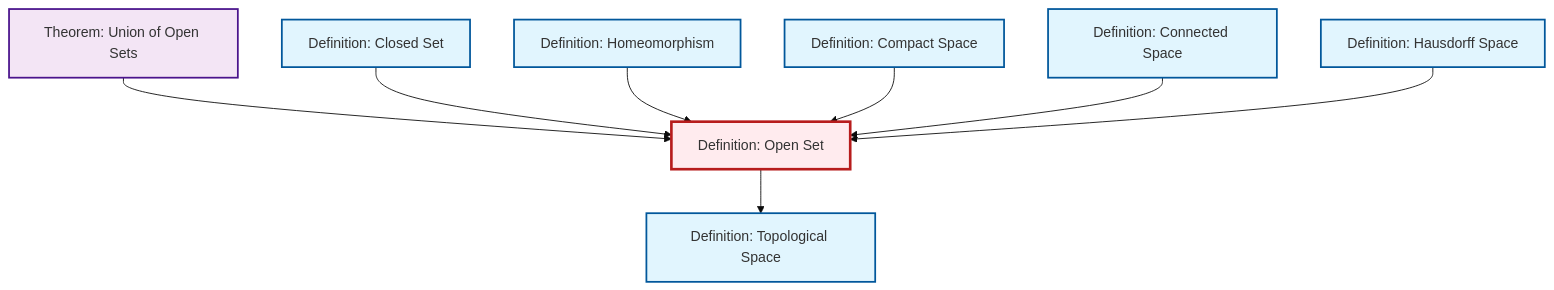
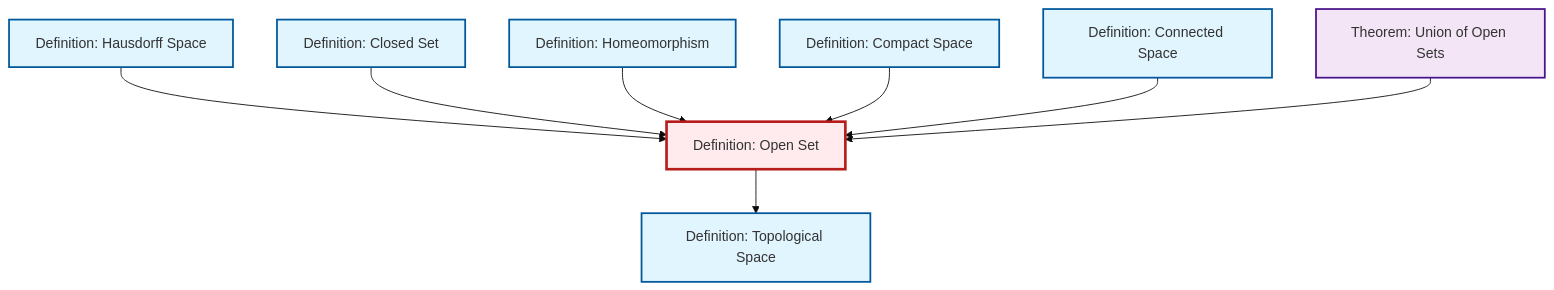
One commit to RK0429/ModernMath changed the diagram in content/ja/topology/def-open-set.qmd. Above: the diagram before and after it, drawn with Mermaid (base theme). The commit also changed other lines of this file and 360 other files, not shown here.

````diff
--- a/content/ja/topology/def-open-set.qmd
+++ b/content/ja/topology/def-open-set.qmd
@@ -54,32 +54,32 @@
 ```{mermaid}
 %%| fig-cap: "Local dependency graph"
 graph TD
     classDef definition fill:#e1f5fe,stroke:#01579b,stroke-width:2px
     classDef theorem fill:#f3e5f5,stroke:#4a148c,stroke-width:2px
     classDef axiom fill:#fff3e0,stroke:#e65100,stroke-width:2px
     classDef example fill:#e8f5e9,stroke:#1b5e20,stroke-width:2px
     classDef current fill:#ffebee,stroke:#b71c1c,stroke-width:3px
+    def-open-set["Definition: Open Set"]:::definition
+    def-topological-space["Definition: Topological Space"]:::definition
+    def-closed-set["Definition: Closed Set"]:::definition
     def-hausdorff["Definition: Hausdorff Space"]:::definition
-    def-closed-set["Definition: Closed Set"]:::definition
+    def-compact["Definition: Compact Space"]:::definition
+    def-homeomorphism["Definition: Homeomorphism"]:::definition
     def-connected["Definition: Connected Space"]:::definition
-    def-topological-space["Definition: Topological Space"]:::definition
-    def-open-set["Definition: Open Set"]:::definition
-    def-compact["Definition: Compact Space"]:::definition
     thm-union-open-sets["Theorem: Union of Open Sets"]:::theorem
-    def-homeomorphism["Definition: Homeomorphism"]:::definition
-    def-open-set --> def-topological-space
-    thm-union-open-sets --> def-open-set
+    def-hausdorff --> def-open-set
     def-closed-set --> def-open-set
     def-homeomorphism --> def-open-set
     def-compact --> def-open-set
+    def-open-set --> def-topological-space
     def-connected --> def-open-set
-    def-hausdorff --> def-open-set
+    thm-union-open-sets --> def-open-set
     class def-open-set current
+    click def-topological-space "def-topological-space.html" "Definition: Topological Spaceへ"
+    click def-closed-set "def-closed-set.html" "Definition: Closed Setへ"
     click def-hausdorff "def-hausdorff.html" "Definition: Hausdorff Spaceへ"
-    click def-closed-set "def-closed-set.html" "Definition: Closed Setへ"
+    click def-compact "def-compact.html" "Definition: Compact Spaceへ"
+    click def-homeomorphism "def-homeomorphism.html" "Definition: Homeomorphismへ"
     click def-connected "def-connected.html" "Definition: Connected Spaceへ"
-    click def-topological-space "def-topological-space.html" "Definition: Topological Spaceへ"
-    click def-compact "def-compact.html" "Definition: Compact Spaceへ"
     click thm-union-open-sets "thm-union-open-sets.html" "Theorem: Union of Open Setsへ"
-    click def-homeomorphism "def-homeomorphism.html" "Definition: Homeomorphismへ"
 ```
````
